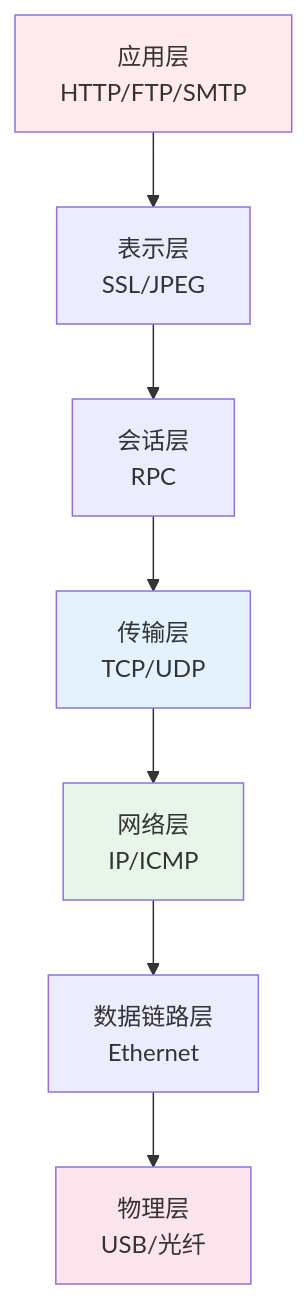
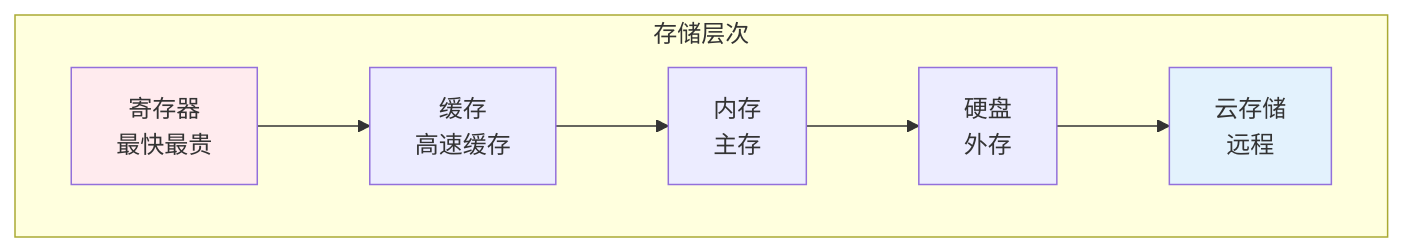
One commit to wxyClark/wxyClark.github.io changed the second of 3 diagrams in content/engineering/computer-engineering/index.md. Above: the diagram before and after it, drawn with Mermaid. The commit also changed other lines of this file and 190 other files, not shown here.

````diff
--- a/content/engineering/computer-engineering/index.md
+++ b/content/engineering/computer-engineering/index.md
@@ -236,17 +56,15 @@
 ```mermaid
-flowchart TD
-    L7[应用层<br/>HTTP/FTP/SMTP]
-    L6[表示层<br/>SSL/JPEG]
-    L5[会话层<br/>RPC]
-    L4[传输层<br/>TCP/UDP]
-    L3[网络层<br/>IP/ICMP]
-    L2[数据链路层<br/>Ethernet]
-    L1[物理层<br/>USB/光纤]
+graph TB
+    subgraph 存储层次
+        A1[寄存器<br/>最快最贵]
+        A2[缓存<br/>高速缓存]
+        A3[内存<br/>主存]
+        A4[硬盘<br/>外存]
+        A5[云存储<br/>远程]
+    end
     
-    L7 --> L6 --> L5 --> L4 --> L3 --> L2 --> L1
+    A1 --> A2 --> A3 --> A4 --> A5
     
-    style L7 fill:#ffebee
-    style L4 fill:#e3f2fd
-    style L3 fill:#e8f5e9
-    style L1 fill:#fce4ec
+    style A1 fill:#ffebee
+    style A5 fill:#e3f2fd
 ```
````
